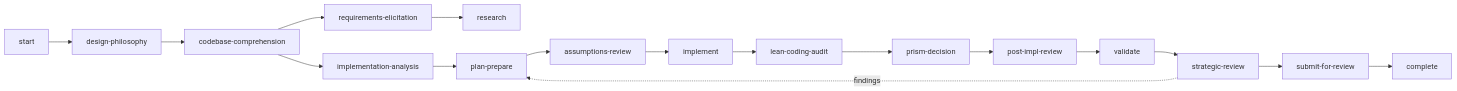
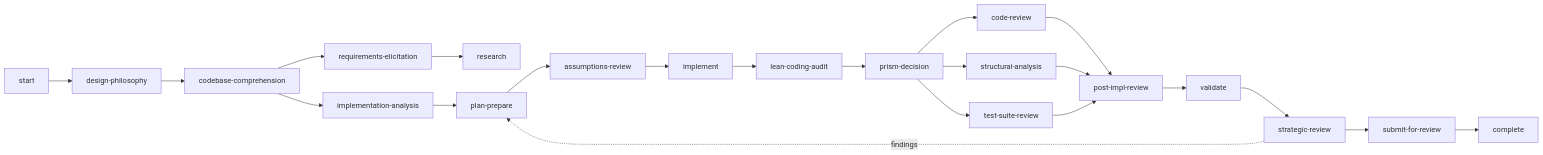
Before and after one commit to m2ux/workflow-server: the diagram in corpus/remediate-vuln/README.md, drawn with Mermaid. The commit also changed other lines of this file and 25 other files, not shown here.

````diff
--- a/corpus/remediate-vuln/README.md
+++ b/corpus/remediate-vuln/README.md
@@ -27,8 +30,12 @@
 ```mermaid
 flowchart LR
   start --> design-philosophy --> codebase-comprehension
   codebase-comprehension --> requirements-elicitation --> research
   codebase-comprehension --> implementation-analysis --> plan-prepare --> assumptions-review --> implement
-  implement --> lean-coding-audit --> prism-decision --> post-impl-review --> validate --> strategic-review --> submit-for-review --> complete
+  implement --> lean-coding-audit --> prism-decision
+  prism-decision --> code-review --> post-impl-review
+  prism-decision --> structural-analysis --> post-impl-review
+  prism-decision --> test-suite-review --> post-impl-review
+  post-impl-review --> validate --> strategic-review --> submit-for-review --> complete
   strategic-review -. findings .-> plan-prepare
 ```
````
